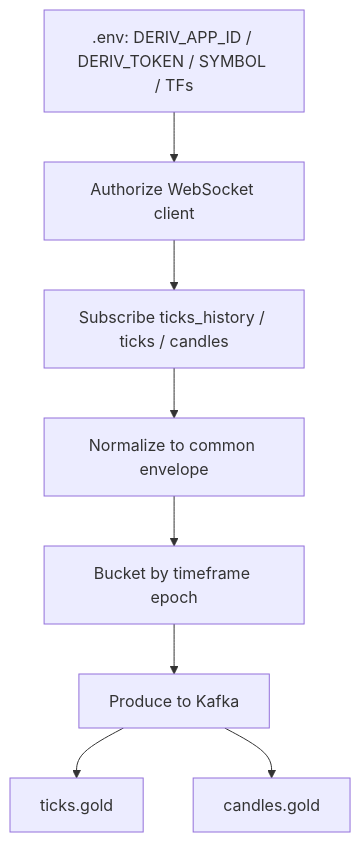
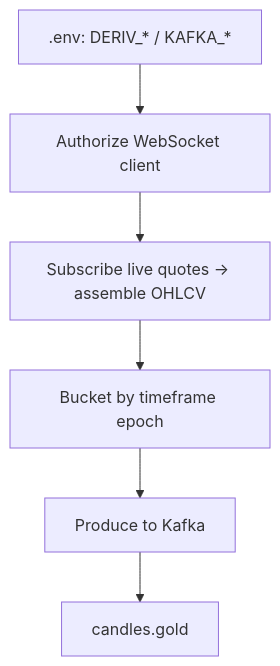
Before and after one commit to shehan-jayasinghe/ai_trading_bots: the first of 3 diagrams in docs/architecture/deriv/producer/deriv-gold-kafka.md, drawn with Mermaid. The commit also changed other lines of this file and 18 other files, not shown here.

Commit message:
add Binance and Deriv Kafka producers: implement workers, Kafka publisher, FastAPI backend, and example environment configuration

````diff
--- a/docs/architecture/deriv/producer/deriv-gold-kafka.md
+++ b/docs/architecture/deriv/producer/deriv-gold-kafka.md
@@ -15,13 +15,11 @@
 ```mermaid
 flowchart TD
-  E[.env: DERIV_APP_ID / DERIV_TOKEN / SYMBOL / TFs]
+  E[.env: DERIV_* / KAFKA_*]
   A[Authorize WebSocket client]
-  F[Subscribe ticks_history / ticks / candles]
-  N[Normalize to common envelope]
+  F[Subscribe live quotes → assemble OHLCV]
   B[Bucket by timeframe epoch]
   K[Produce to Kafka]
 
-  E --> A --> F --> N --> B --> K
-  K --> T[ticks.gold]
+  E --> A --> F --> B --> K
   K --> C[candles.gold]
 ```
````
